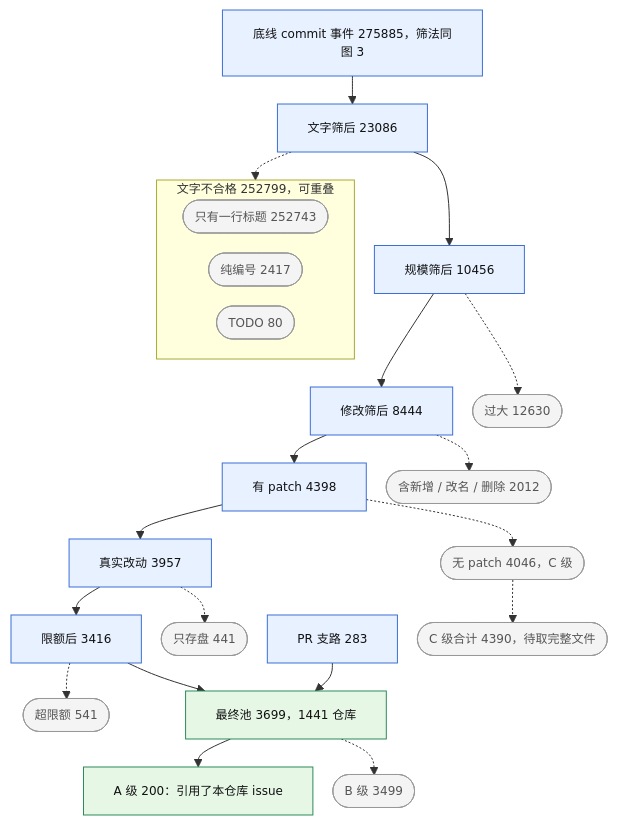
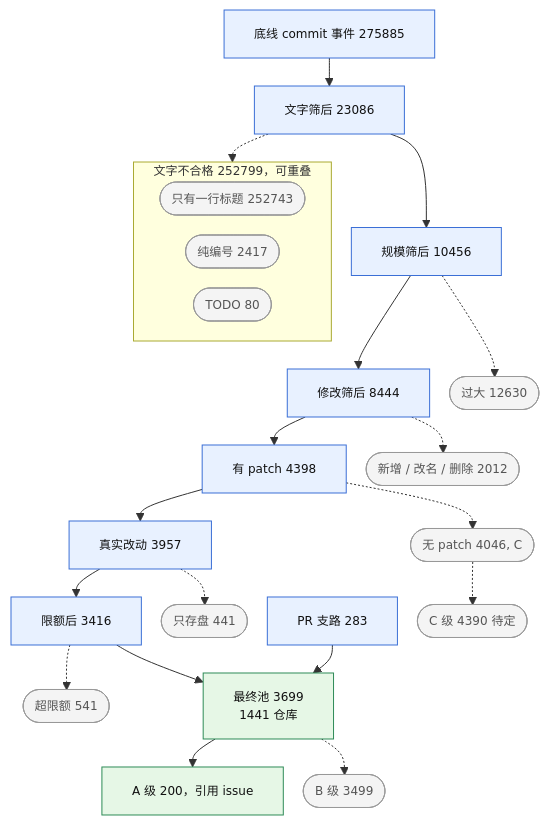
The fifth of 5 diagrams in reports/progress_report.md (Xiafyjck/github_kicad_project_scout), drawn with Mermaid before and after one commit. The commit also changed other lines of this file, not shown here.

Commit message:
reports: compress figure labels further

````diff
--- a/reports/progress_report.md
+++ b/reports/progress_report.md
@@ -255,37 +255,37 @@
 ```mermaid
 %%{init: {'themeVariables': {'fontSize': '12px'}, 'flowchart': {'nodeSpacing': 20, 'rankSpacing': 28}}}%%
 flowchart TB
     classDef exit fill:#f4f4f4,stroke:#999,color:#555
     classDef keep fill:#e8f1ff,stroke:#3b6fd6,color:#111
     classDef src fill:#f3e8ff,stroke:#7c4dbd,color:#111
     classDef rule fill:#fff8dc,stroke:#c9a400,color:#333
     classDef final fill:#e6f7e6,stroke:#2e8b57,color:#111
 
-    M3[底线 commit 事件 275885，筛法同图 3]:::keep
+    M3[底线 commit 事件 275885]:::keep
     M3 --> M4[文字筛后 23086]:::keep
     M4 --> M5[规模筛后 10456]:::keep
     M5 --> M6[修改筛后 8444]:::keep
     M6 --> M7[有 patch 4398]:::keep
     M7 --> M8[真实改动 3957]:::keep
     M8 --> M9[限额后 3416]:::keep
 
     subgraph TY[文字不合格 252799，可重叠]
         direction LR
         MX4a([只有一行标题 252743]):::exit
         MX4b([纯编号 2417]):::exit
         MX4c([TODO 80]):::exit
     end
     M4 -.-> TY
     M5 -.-> MX5([过大 12630]):::exit
-    M6 -.-> MX6([含新增 / 改名 / 删除 2012]):::exit
-    M7 -.-> MX7([无 patch 4046，C 级]):::exit
+    M6 -.-> MX6([新增 / 改名 / 删除 2012]):::exit
+    M7 -.-> MX7([无 patch 4046, C]):::exit
     M8 -.-> MX8([只存盘 441]):::exit
     M9 -.-> MX9([超限额 541]):::exit
 
     P9[PR 支路 283]:::keep
-    M9 --> F[最终池 3699，1441 仓库]:::final
+    M9 --> F[最终池 3699<br/>1441 仓库]:::final
     P9 --> F
-    F --> G[A 级 200：引用了本仓库 issue]:::final
+    F --> G[A 级 200，引用 issue]:::final
     F -.-> FB([B 级 3499]):::exit
-    MX7 -.-> FC([C 级合计 4390，待取完整文件]):::exit
+    MX7 -.-> FC([C 级 4390 待定]):::exit
 ```
````
